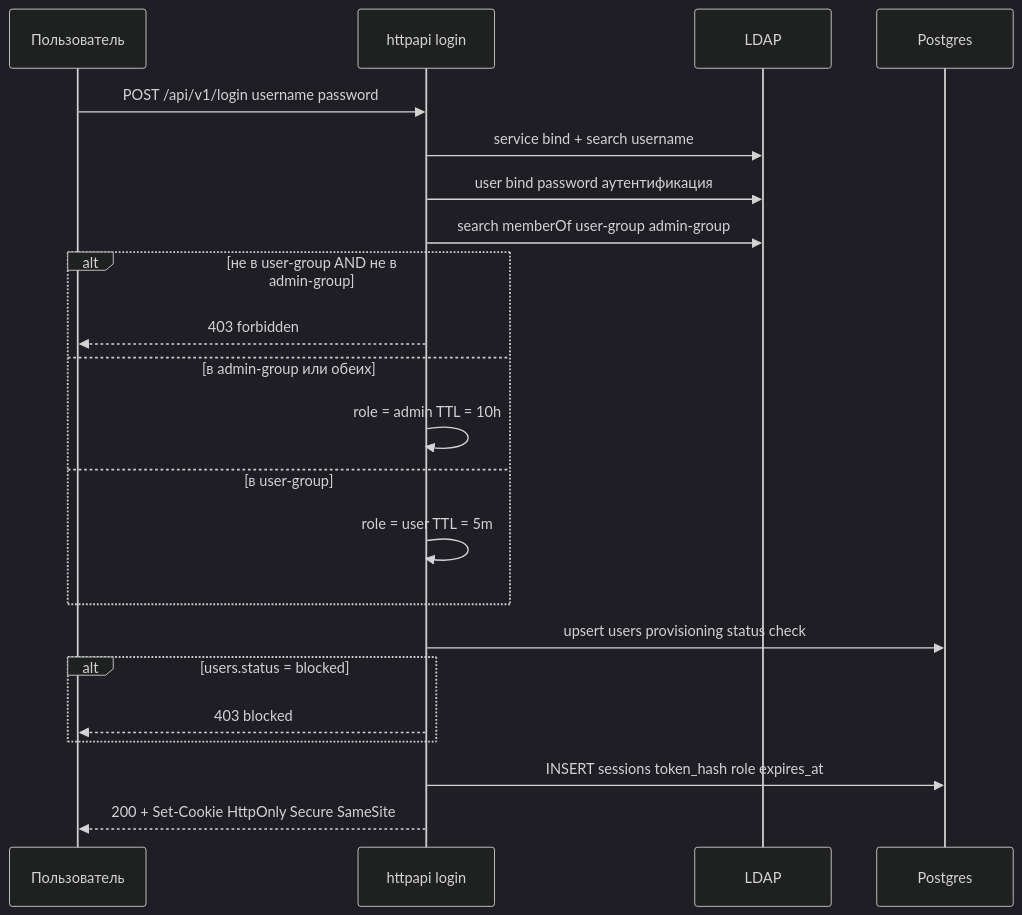
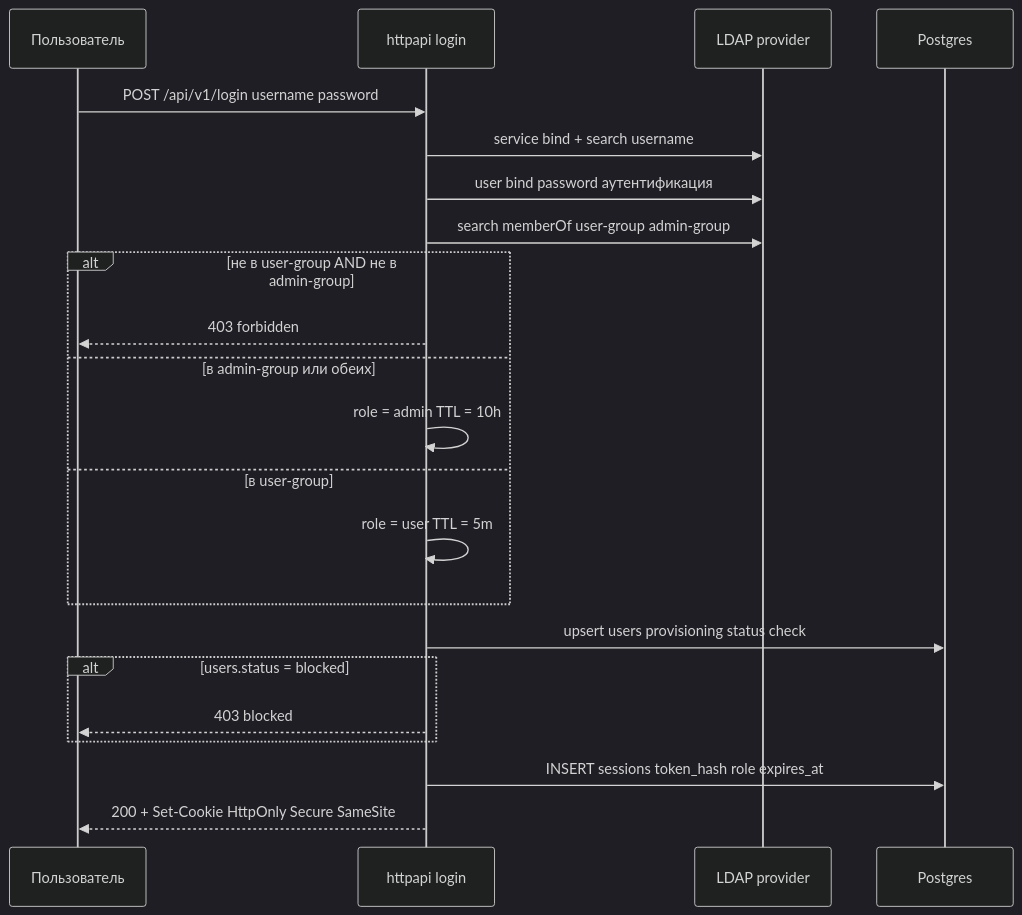
Before and after one commit to ilyast91/CLIProxyNew: the fourth of 7 diagrams in docs/architecture.md, drawn with Mermaid (dark theme). The commit also changed other lines of this file and 8 other files, not shown here.

````diff
--- a/docs/architecture.md
+++ b/docs/architecture.md
@@ -167,25 +177,25 @@
 ```mermaid
 sequenceDiagram
     participant U as Пользователь
     participant H as httpapi login
-    participant L as LDAP
+    participant L as LDAP provider
     participant DB as Postgres
 
     U->>H: POST /api/v1/login username password
     H->>L: service bind + search username
     H->>L: user bind password аутентификация
     H->>L: search memberOf user-group admin-group
     alt не в user-group AND не в admin-group
         H-->>U: 403 forbidden
     else в admin-group или обеих
         H->>H: role = admin TTL = 10h
     else в user-group
         H->>H: role = user TTL = 5m
     end
     H->>DB: upsert users provisioning status check
     alt users.status = blocked
         H-->>U: 403 blocked
     end
     H->>DB: INSERT sessions token_hash role expires_at
     H-->>U: 200 + Set-Cookie HttpOnly Secure SameSite
 ```
````
